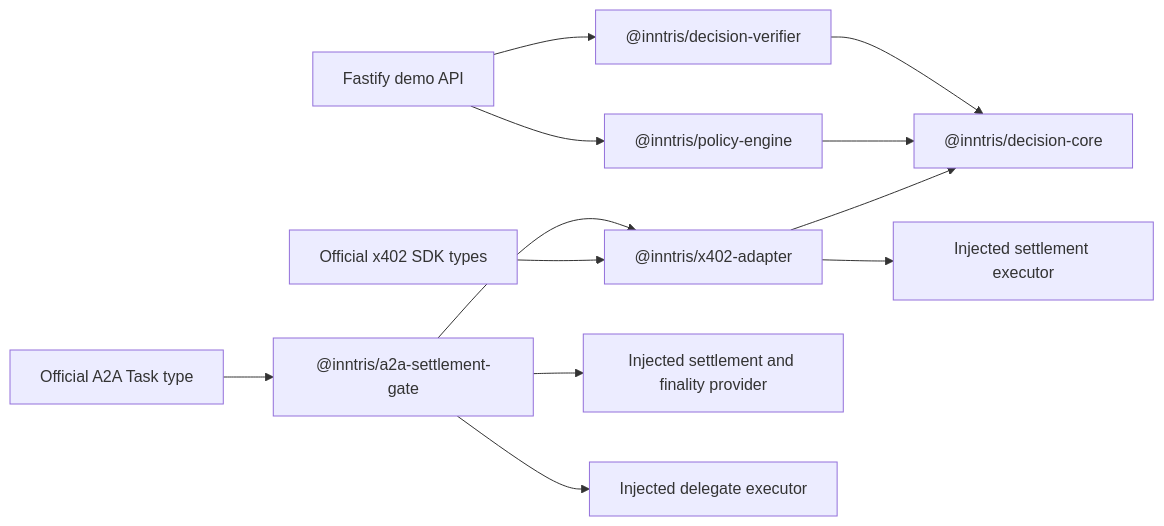
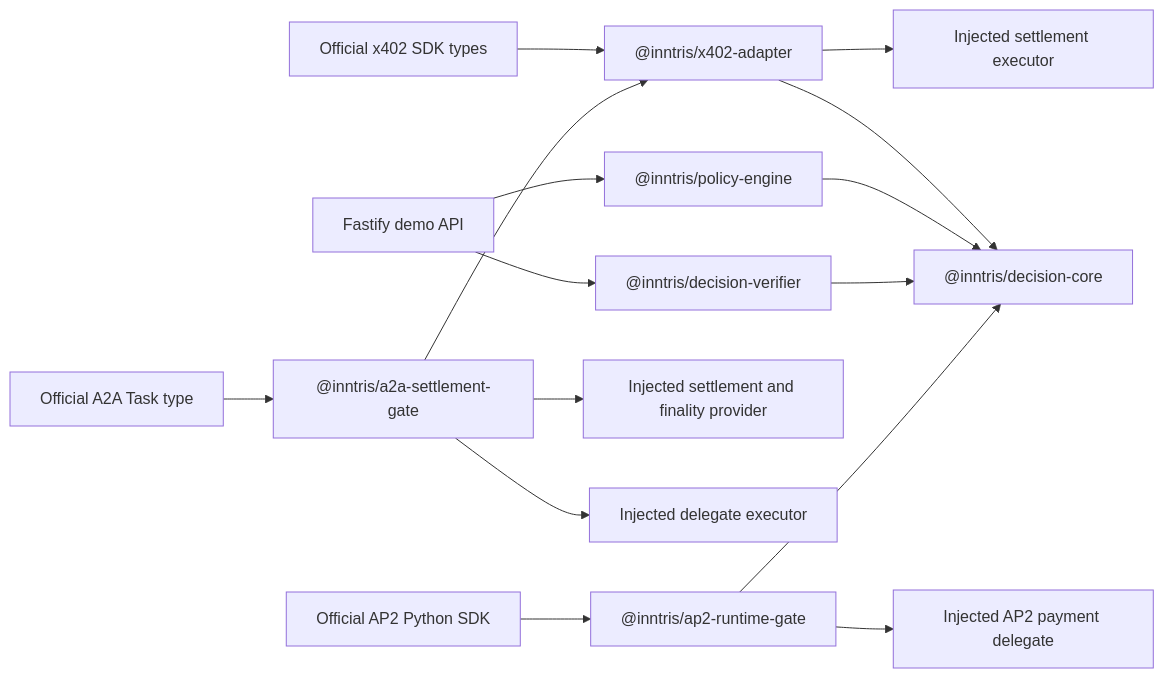
The diagram in ARCHITECTURE.md (Inntris/inntris-x402-policy-adapter), drawn with Mermaid before and after one commit. The commit also changed other lines of this file and 61 other files, not shown here.

First line of the commit message:
Add fail-closed AP2 runtime gate (#19)

````diff
--- a/ARCHITECTURE.md
+++ b/ARCHITECTURE.md
@@ -20,14 +20,17 @@
 ```mermaid
 flowchart LR
     X["Official x402 SDK types"] --> A["@inntris/x402-adapter"]
     A --> C["@inntris/decision-core"]
     P["@inntris/policy-engine"] --> C
     V["@inntris/decision-verifier"] --> C
     API["Fastify demo API"] --> P
     API --> V
     A --> E["Injected settlement executor"]
     T["Official A2A Task type"] --> G["@inntris/a2a-settlement-gate"]
     G --> A
     G --> S["Injected settlement and finality provider"]
     G --> D["Injected delegate executor"]
+    M["Official AP2 Python SDK"] --> R["@inntris/ap2-runtime-gate"]
+    R --> C
+    R --> Q["Injected AP2 payment delegate"]
 ```
````
